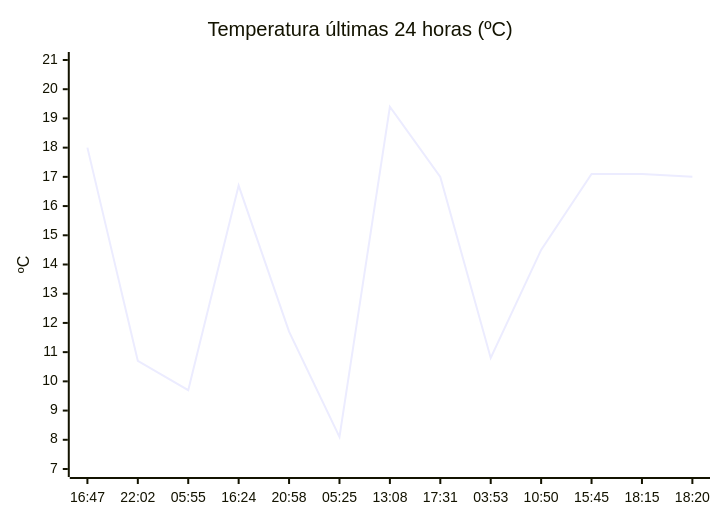
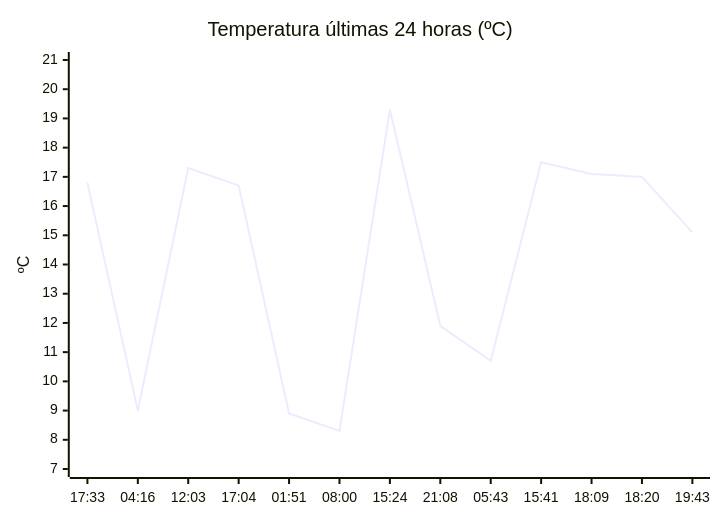
The diagram in README.md (solidsnk86/rem-scrap), drawn with Mermaid before and after one commit. The commit also changed other lines of this file, not shown here.

````diff
--- a/README.md
+++ b/README.md
@@ -32,7 +28,7 @@
 ```mermaid
 xychart-beta
     title "Temperatura últimas 24 horas (ºC)"
-    x-axis ["16:47", "22:02", "05:55", "16:24", "20:58", "05:25", "13:08", "17:31", "03:53", "10:50", "15:45", "18:15", "18:20"]
+    x-axis ["17:33", "04:16", "12:03", "17:04", "01:51", "08:00", "15:24", "21:08", "05:43", "15:41", "18:09", "18:20", "19:43"]
     y-axis "ºC" 7 --> 21
-    line [18, 10.7, 9.7, 16.7, 11.7, 8.1, 19.4, 17, 10.8, 14.5, 17.1, 17.1, 17]
+    line [16.8, 9, 17.3, 16.7, 8.9, 8.3, 19.3, 11.9, 10.7, 17.5, 17.1, 17, 15.1]
 ```
````
